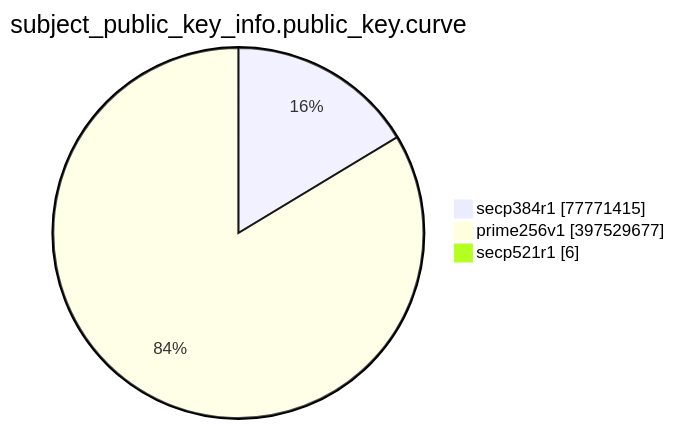
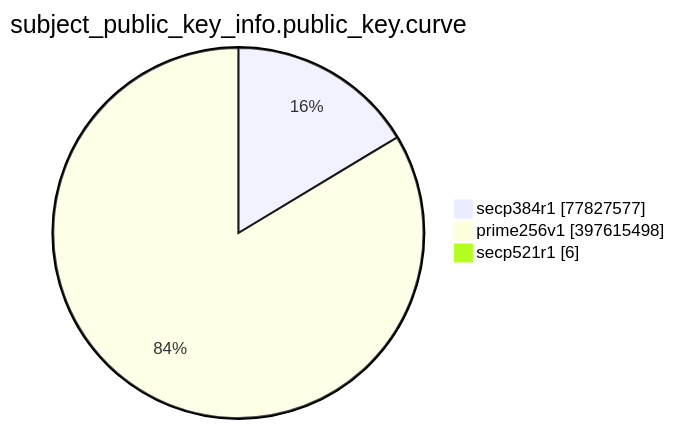
The eighth of 15 diagrams in TOTAL/README.md (christiankrug/ctmonitor_visualization), drawn with Mermaid before and after one commit. The commit also changed other lines of this file, not shown here.

````diff
--- a/TOTAL/README.md
+++ b/TOTAL/README.md
@@ -3095,7 +3095,7 @@
 ```mermaid
 pie showData
 title subject_public_key_info.public_key.curve
-"secp384r1" :77771415
-"prime256v1" :397529677
+"secp384r1" :77827577
+"prime256v1" :397615498
 "secp521r1" :6
 ```
````
